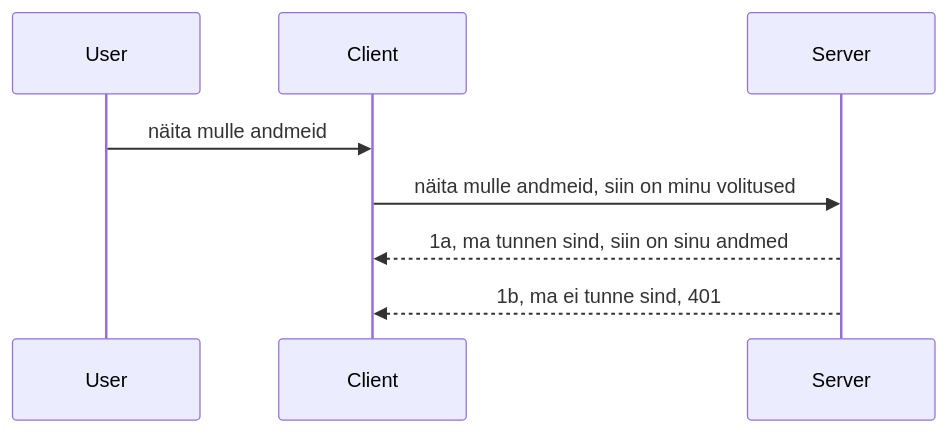
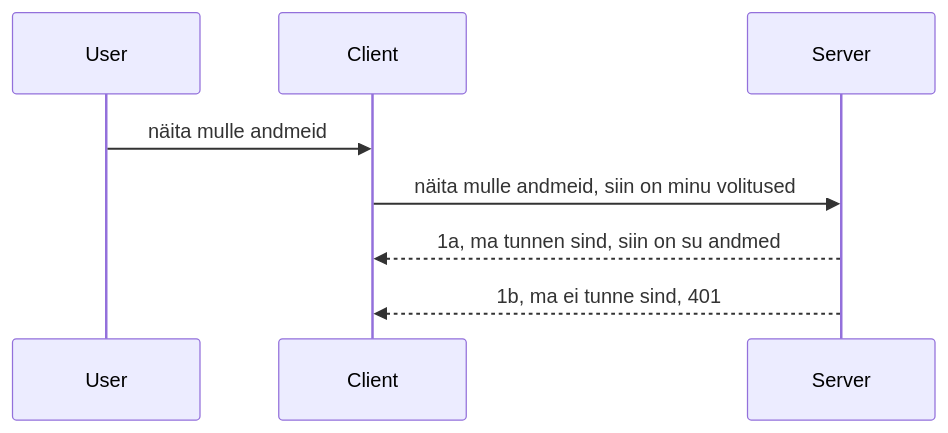
One commit to HIDORAKAI002/ai-workspace-archive changed the diagram in mcp_ecosystem__model_context_protocol/mcp_learning_resources/mcp-for-beginners/translations/et/03-GettingStarted/11-simple-auth/README.md. Above: the diagram before and after it, drawn with Mermaid. The commit also changed other lines of this file and 1046 other files, not shown here.

````diff
--- a/mcp_ecosystem__model_context_protocol/mcp_learning_resources/mcp-for-beginners/translations/et/03-GettingStarted/11-simple-auth/README.md
+++ b/mcp_ecosystem__model_context_protocol/mcp_learning_resources/mcp-for-beginners/translations/et/03-GettingStarted/11-simple-auth/README.md
@@ -24,11 +24,11 @@
 ```mermaid
 sequenceDiagram
    participant User
    participant Client
    participant Server
 
    User->>Client: näita mulle andmeid
    Client->>Server: näita mulle andmeid, siin on minu volitused
-   Server-->>Client: 1a, ma tunnen sind, siin on sinu andmed
+   Server-->>Client: 1a, ma tunnen sind, siin on su andmed
    Server-->>Client: 1b, ma ei tunne sind, 401 
 ```
````
